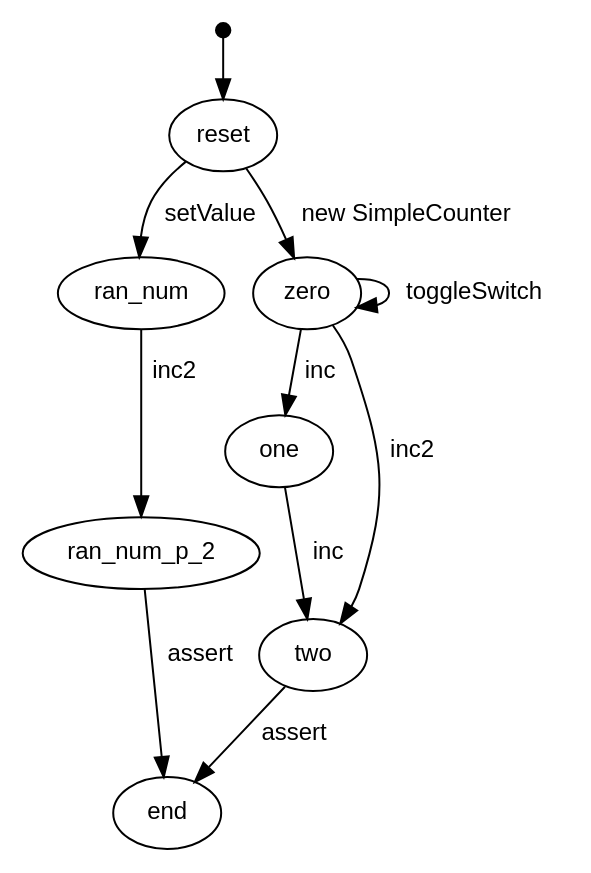
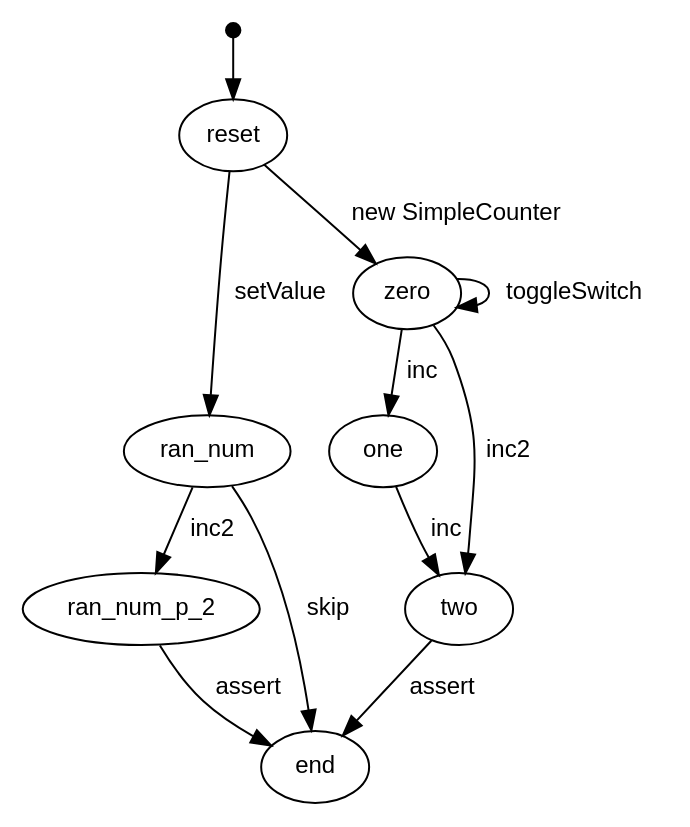
The diagram in modbat.examples.SimpleModel2_graph.dot (georgewbar/modbat), drawn with Graphviz before and after one commit. The commit also changed 2 other files, not shown here.

```diff
--- a/modbat.examples.SimpleModel2_graph.dot
+++ b/modbat.examples.SimpleModel2_graph.dot
@@ -1,16 +1,17 @@
 digraph model {
   graph [ rankdir = "TB", ranksep="0.4", nodesep="0.2" ];
   node [ fontname = "Helvetica", fontsize="12.0", margin="0.07" ];
   edge [ fontname = "Helvetica", fontsize="12.0", margin="0.05" ];
   "" [ shape = "point", height="0.1" ];
   "" -> reset
   ran_num	-> ran_num_p_2 [ label = " inc2 " ];
+  ran_num	-> end [ label = " skip " ];
   one	-> two [ label = " inc " ];
   reset	-> zero [ label = " new SimpleCounter " ];
   reset	-> ran_num [ label = " setValue " ];
   two	-> end [ label = " assert " ];
   ran_num_p_2	-> end [ label = " assert " ];
   zero	-> zero [ label = " toggleSwitch " ];
   zero	-> one [ label = " inc " ];
   zero	-> two [ label = " inc2 " ];
 }
```
